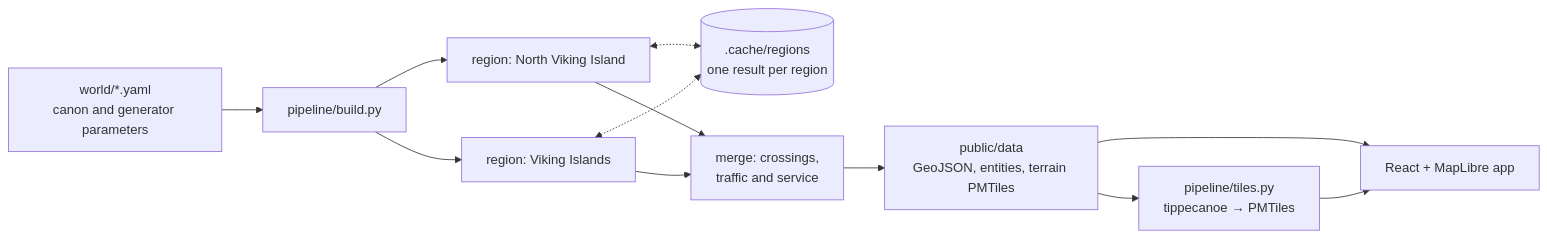
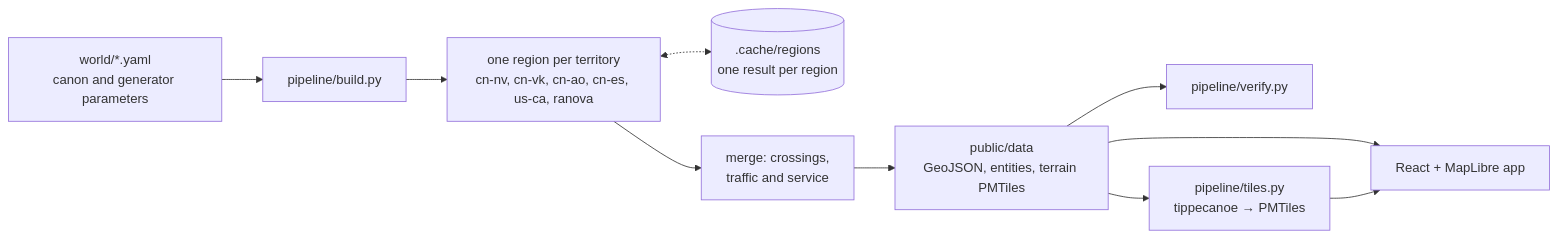
The diagram in README.md (AndyUneducated/world-atlas), drawn with Mermaid before and after one commit. The commit also changed other lines of this file and 1 other file, not shown here.

````diff
--- a/README.md
+++ b/README.md
@@ -26,11 +26,11 @@
 ```mermaid
 flowchart LR
   W["world/*.yaml<br/>canon and generator parameters"] --> B["pipeline/build.py"]
-  B --> R1["region: North Viking Island"]
-  B --> R2["region: Viking Islands"]
-  R1 & R2 <-.-> C[(".cache/regions<br/>one result per region")]
-  R1 & R2 --> M["merge: crossings,<br/>traffic and service"]
+  B --> R["one region per territory<br/>cn-nv, cn-vk, cn-ao, cn-es, us-ca, ranova"]
+  R <-.-> C[(".cache/regions<br/>one result per region")]
+  R --> M["merge: crossings,<br/>traffic and service"]
   M --> D["public/data<br/>GeoJSON, entities, terrain PMTiles"]
+  D --> V["pipeline/verify.py"]
   D --> T["pipeline/tiles.py<br/>tippecanoe → PMTiles"]
   D & T --> A["React + MapLibre app"]
 ```
````
